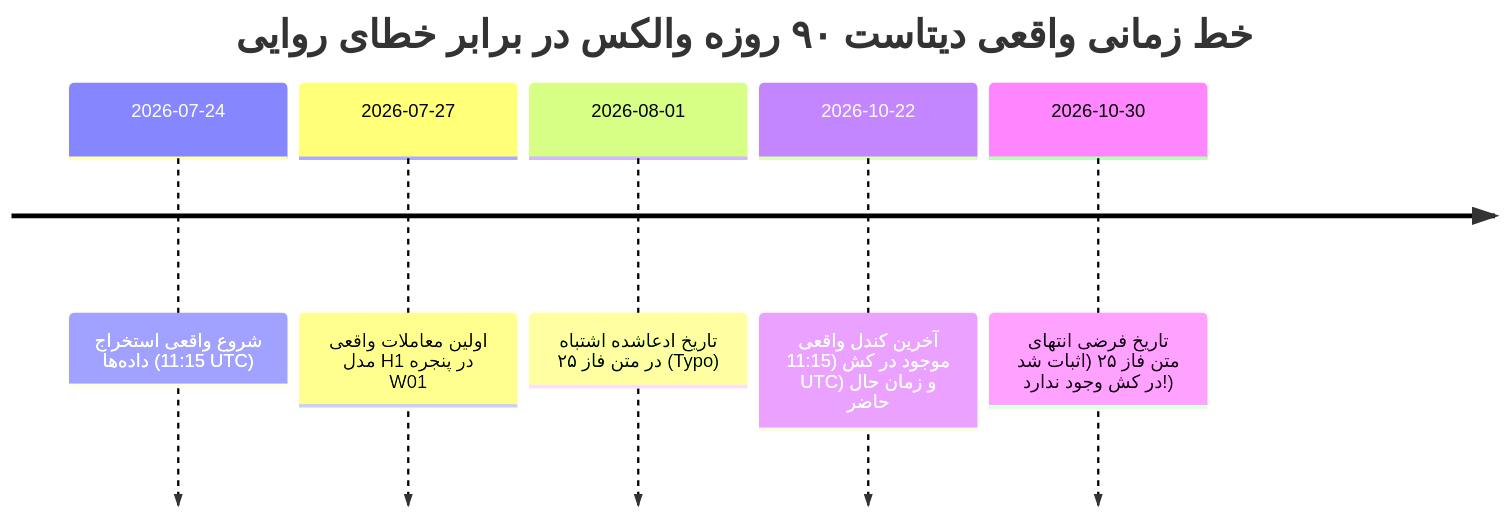
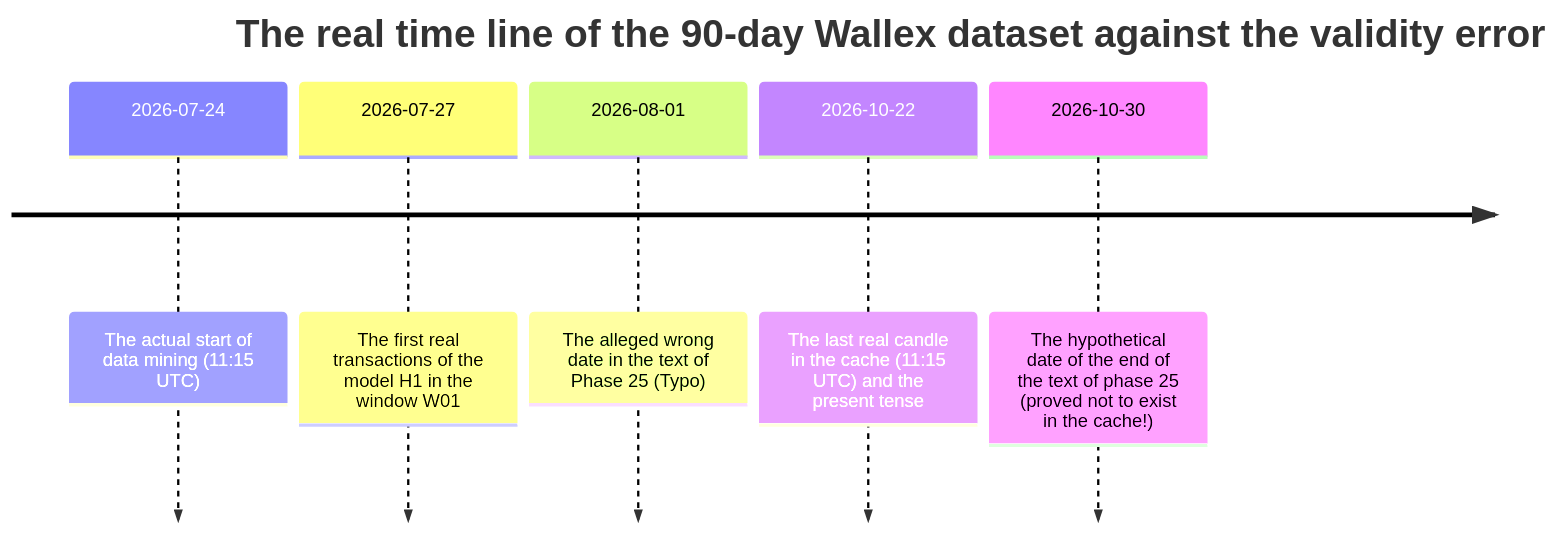
Before and after one commit to AliFazelniya/wallextrade: the diagram in docs/PHASE26_DATA_PROVENANCE_AUDIT.md, drawn with Mermaid. The commit also changed other lines of this file and 81 other files, not shown here.

````diff
--- a/docs/PHASE26_DATA_PROVENANCE_AUDIT.md
+++ b/docs/PHASE26_DATA_PROVENANCE_AUDIT.md
@@ -29,9 +29,9 @@
 ```mermaid
 timeline
-    title خط زمانی واقعی دیتاست ۹۰ روزه والکس در برابر خطای روایی
-    2026-07-24 : شروع واقعی استخراج داده‌ها (11:15 UTC)
-    2026-07-27 : اولین معاملات واقعی مدل H1 در پنجره W01
-    2026-08-01 : تاریخ ادعاشده اشتباه در متن فاز ۲۵ (Typo)
-    2026-10-22 : آخرین کندل واقعی موجود در کش (11:15 UTC) و زمان حال حاضر
-    2026-10-30 : تاریخ فرضی انتهای متن فاز ۲۵ (اثبات شد در کش وجود ندارد!)
+    title The real time line of the 90-day Wallex dataset against the validity error
+    2026-07-24 : The actual start of data mining (11:15 UTC)
+    2026-07-27 : The first real transactions of the model H1 in the window W01
+    2026-08-01 : The alleged wrong date in the text of Phase 25 (Typo)
+    2026-10-22 : The last real candle in the cache (11:15 UTC) and the present tense
+    2026-10-30 : The hypothetical date of the end of the text of phase 25 (proved not to exist in the cache!)
 ```
````
